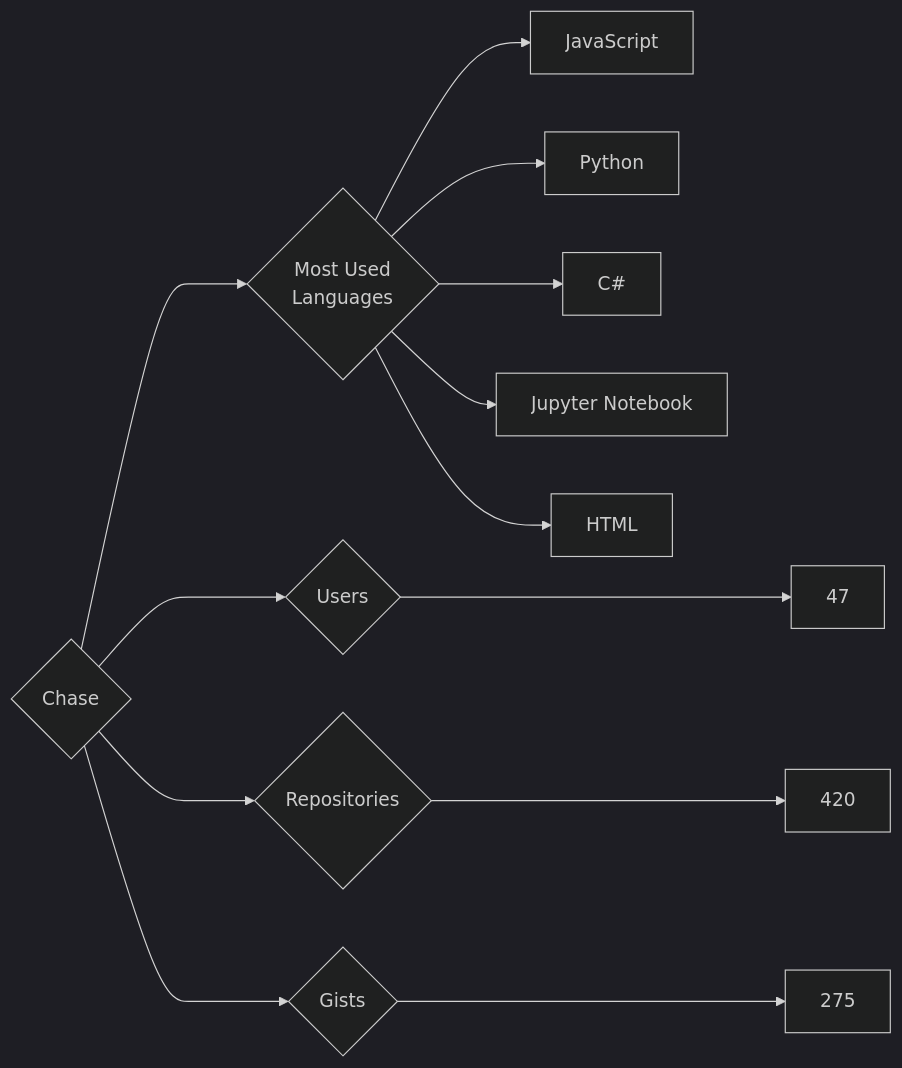
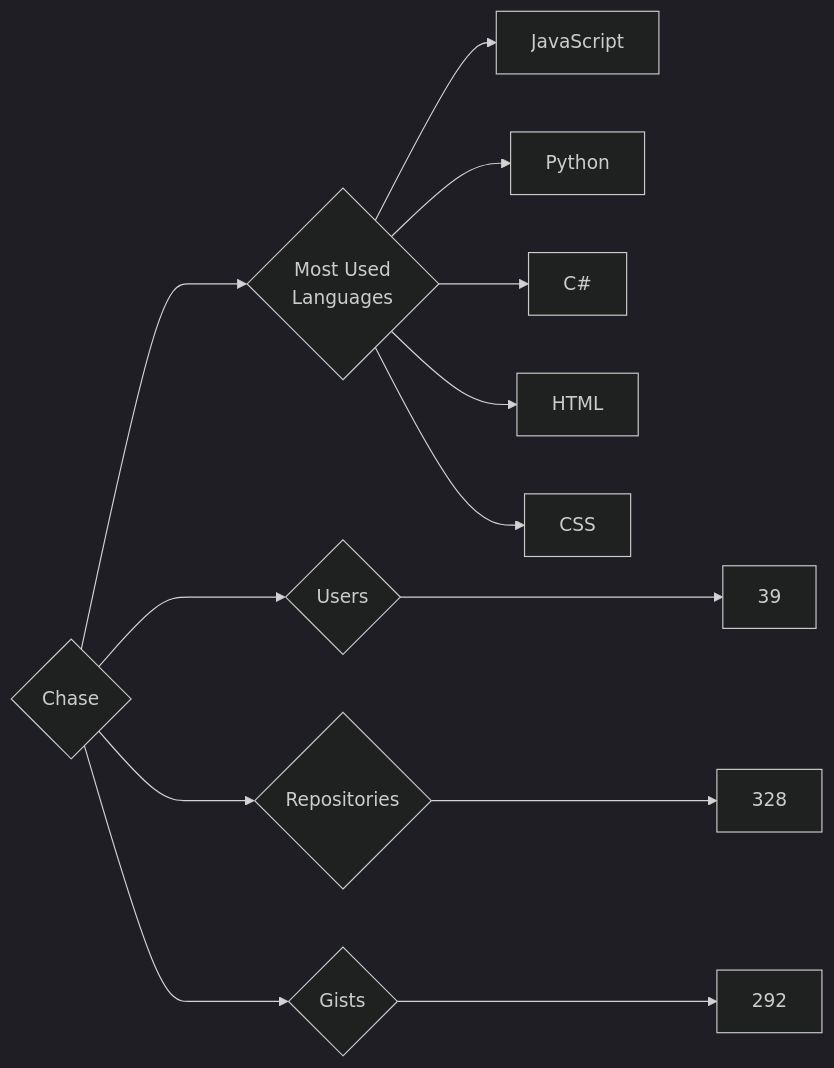
Before and after one commit to trickest/insiders: the diagram in targets/Chase/README.md, drawn with Mermaid (dark theme). The commit also changed 951 other files, not shown here.

````diff
--- a/targets/Chase/README.md
+++ b/targets/Chase/README.md
@@ -3,13 +3,13 @@
 ```mermaid
 graph LR
 COMPANY_NAME{Chase}
-COMPANY_NAME ---> U{Users} ---> UN[47]
-COMPANY_NAME ---> R{Repositories} ---> RN[420]
-COMPANY_NAME ---> G{Gists} ---> GN[275]
+COMPANY_NAME ---> U{Users} ---> UN[39]
+COMPANY_NAME ---> R{Repositories} ---> RN[328]
+COMPANY_NAME ---> G{Gists} ---> GN[292]
 COMPANY_NAME ---> ML{Most Used<br>Languages}
 ML --> JavaScript[JavaScript]
 ML --> Python[Python]
 ML --> C#[C#]
-ML --> Jupyter_Notebook[Jupyter Notebook]
 ML --> HTML[HTML]
+ML --> CSS[CSS]
 ```
````
